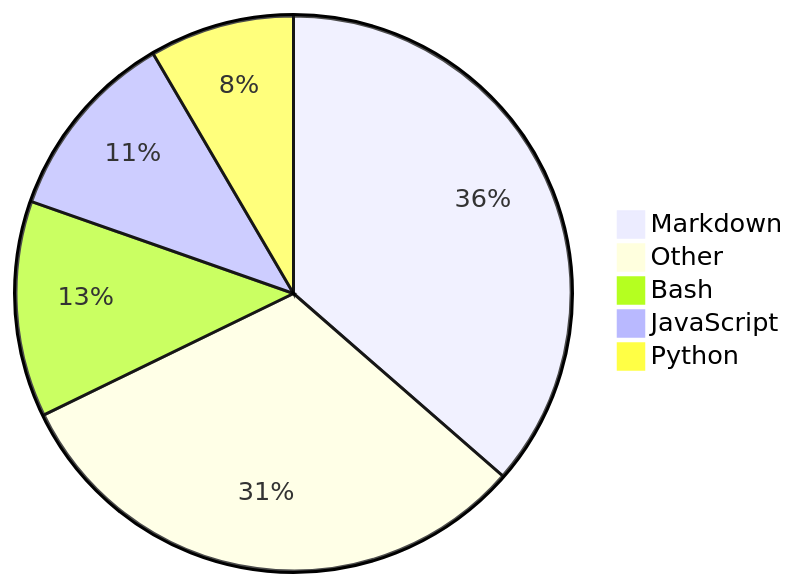
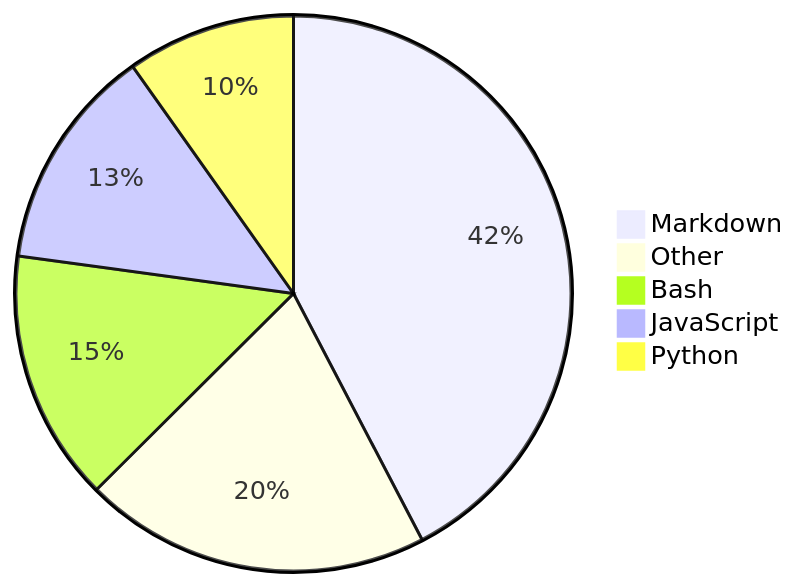
One commit to Alicia111/alicia111 changed the diagram in README.md. Above: the diagram before and after it, drawn with Mermaid.

Commit message:
Update WakaTime stats (・ω・)b

````diff
--- a/README.md
+++ b/README.md
@@ -32,8 +32,8 @@
 ```mermaid
 pie
-    "Markdown" : 33.58
-    "Other" : 28.94
-    "Bash" : 11.6
-    "JavaScript" : 10.33
-    "Python" : 7.77
+    "Markdown" : 38.56
+    "Other" : 18.39
+    "Bash" : 13.32
+    "JavaScript" : 11.87
+    "Python" : 8.93
 ```
````
